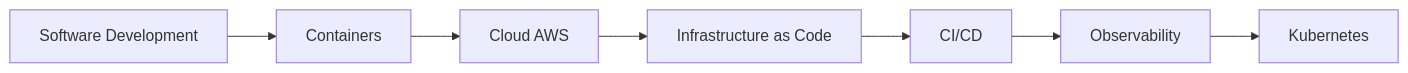
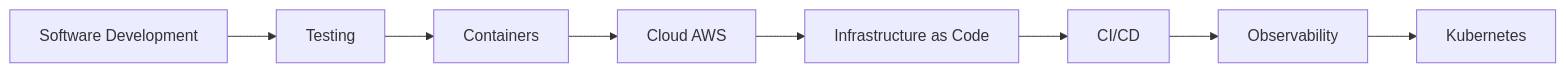
Before and after one commit to M4rc3low/M4rc3low: the diagram in README.md, drawn with Mermaid. The commit also changed other lines of this file, not shown here.

````diff
--- a/README.md
+++ b/README.md
@@ -82,9 +94,10 @@
 ```mermaid
 flowchart LR
-    A[Software Development] --> B[Containers]
-    B --> C[Cloud AWS]
-    C --> D[Infrastructure as Code]
-    D --> E[CI/CD]
-    E --> F[Observability]
-    F --> G[Kubernetes]
+    A[Software Development] --> B[Testing]
+    B --> C[Containers]
+    C --> D[Cloud AWS]
+    D --> E[Infrastructure as Code]
+    E --> F[CI/CD]
+    F --> G[Observability]
+    G --> H[Kubernetes]
 ```
````
